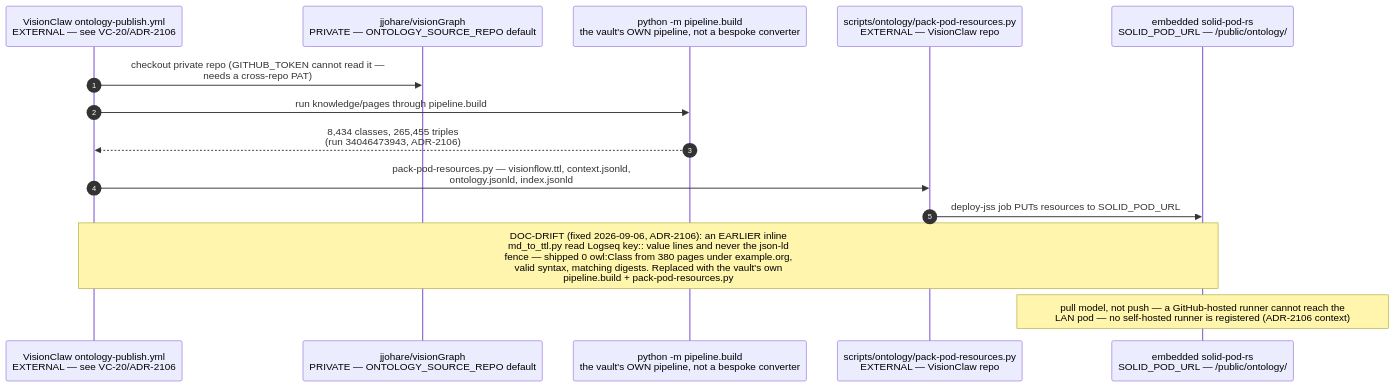
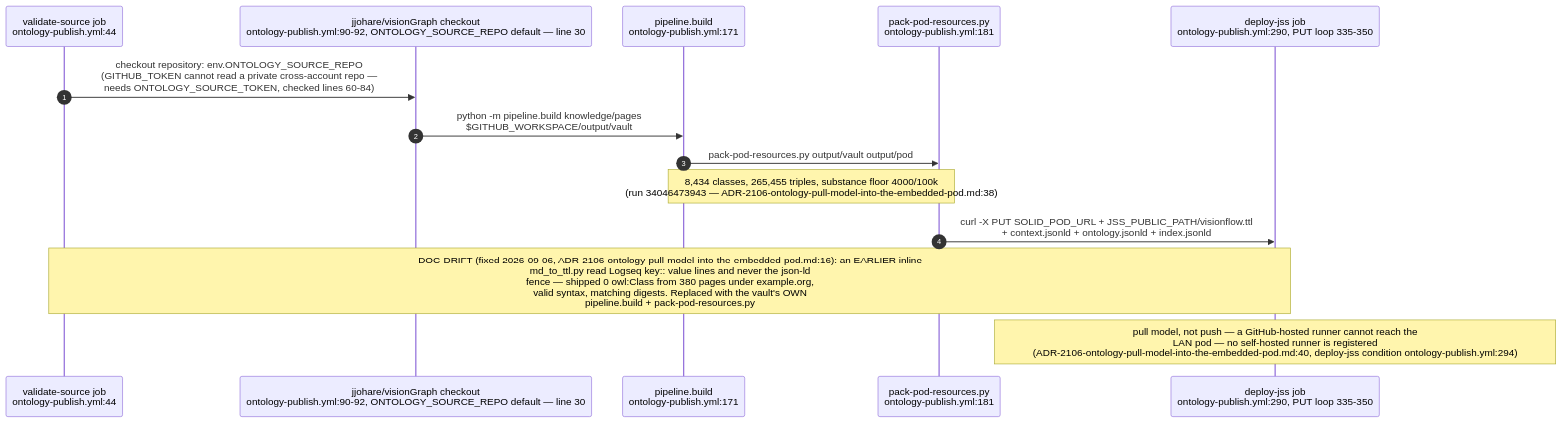
Before and after one commit to DreamLab-AI/VisionFlow: the first of 3 diagrams in docs/diagrams/visiongraph/04-downstream-contracts.md, drawn with Mermaid. The commit also changed other lines of this file and 185 other files, not shown here.

Commit message:
docs(estate): reconcile diagrams and ADRs with source and define closeout sprint

````diff
--- a/docs/diagrams/visiongraph/04-downstream-contracts.md
+++ b/docs/diagrams/visiongraph/04-downstream-contracts.md
@@ -17,17 +19,17 @@
 ```mermaid
 sequenceDiagram
     autonumber
-    participant VC as VisionClaw ontology-publish.yml<br/>EXTERNAL — see VC-20/ADR-2106
-    participant VG as jjohare/visionGraph<br/>PRIVATE — ONTOLOGY_SOURCE_REPO default
-    participant BUILD as python -m pipeline.build<br/>the vault's OWN pipeline, not a bespoke converter
-    participant PACK as scripts/ontology/pack-pod-resources.py<br/>EXTERNAL — VisionClaw repo
-    participant POD as embedded solid-pod-rs<br/>SOLID_POD_URL — /public/ontology/
+    participant VC as validate-source job<br/>ontology-publish.yml:44
+    participant VG as jjohare/visionGraph checkout<br/>ontology-publish.yml:90-92, ONTOLOGY_SOURCE_REPO default — line 30
+    participant BUILD as pipeline.build<br/>ontology-publish.yml:171
+    participant PACK as pack-pod-resources.py<br/>ontology-publish.yml:181
+    participant POD as deploy-jss job<br/>ontology-publish.yml:290, PUT loop 335-350
 
-    VC->>VG: checkout private repo #40;GITHUB_TOKEN cannot read it —<br/>needs a cross-repo PAT#41;
-    VC->>BUILD: run knowledge/pages through pipeline.build
-    BUILD-->>VC: 8,434 classes, 265,455 triples<br/>#40;run 34046473943, ADR-2106#41;
-    VC->>PACK: pack-pod-resources.py — visionflow.ttl, context.jsonld,<br/>ontology.jsonld, index.jsonld
-    PACK->>POD: deploy-jss job PUTs resources to SOLID_POD_URL
-    Note over VC,POD: DOC-DRIFT #40;fixed 2026-09-06, ADR-2106#41;: an EARLIER inline<br/>md_to_ttl.py read Logseq key:: value lines and never the json-ld<br/>fence — shipped 0 owl:Class from 380 pages under example.org,<br/>valid syntax, matching digests. Replaced with the vault#39;s own<br/>pipeline.build + pack-pod-resources.py
-    Note over POD: pull model, not push — a GitHub-hosted runner cannot reach the<br/>LAN pod — no self-hosted runner is registered #40;ADR-2106 context#41;
+    VC->>VG: checkout repository: env.ONTOLOGY_SOURCE_REPO<br/>#40;GITHUB_TOKEN cannot read a private cross-account repo —<br/>needs ONTOLOGY_SOURCE_TOKEN, checked lines 60-84#41;
+    VG->>BUILD: python -m pipeline.build knowledge/pages<br/>#36;GITHUB_WORKSPACE/output/vault
+    BUILD->>PACK: pack-pod-resources.py output/vault output/pod
+    Note over BUILD,PACK: 8,434 classes, 265,455 triples, substance floor 4000/100k<br/>#40;run 34046473943 — ADR-2106-ontology-pull-model-into-the-embedded-pod.md:38#41;
+    PACK->>POD: curl -X PUT SOLID_POD_URL + JSS_PUBLIC_PATH/visionflow.ttl<br/>+ context.jsonld + ontology.jsonld + index.jsonld
+    Note over VC,POD: DOC-DRIFT #40;fixed 2026-09-06, ADR-2106-ontology-pull-model-into-the-embedded-pod.md:16#41;: an EARLIER inline<br/>md_to_ttl.py read Logseq key:: value lines and never the json-ld<br/>fence — shipped 0 owl:Class from 380 pages under example.org,<br/>valid syntax, matching digests. Replaced with the vault#39;s OWN<br/>pipeline.build + pack-pod-resources.py
+    Note over POD: pull model, not push — a GitHub-hosted runner cannot reach the<br/>LAN pod — no self-hosted runner is registered<br/>#40;ADR-2106-ontology-pull-model-into-the-embedded-pod.md:40, deploy-jss condition ontology-publish.yml:294#41;
 ```
````
